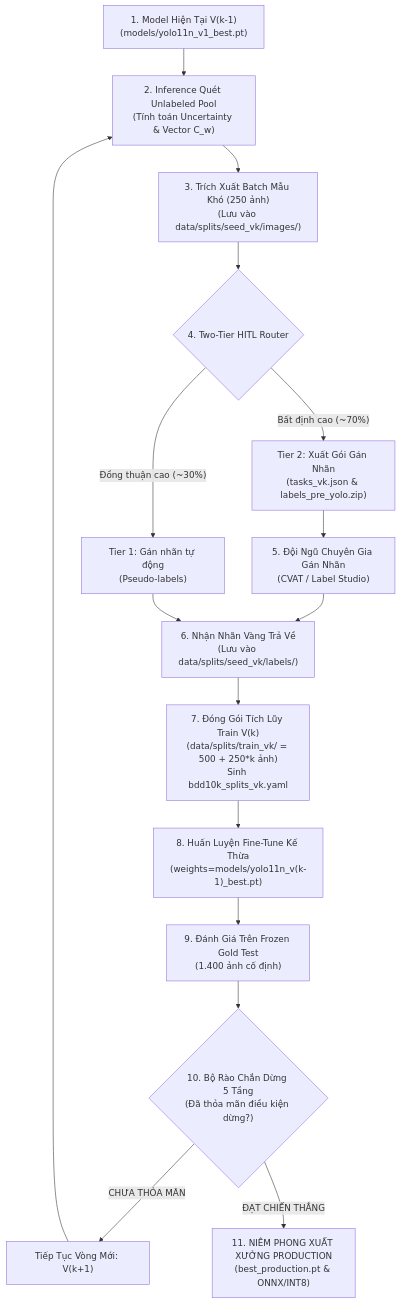
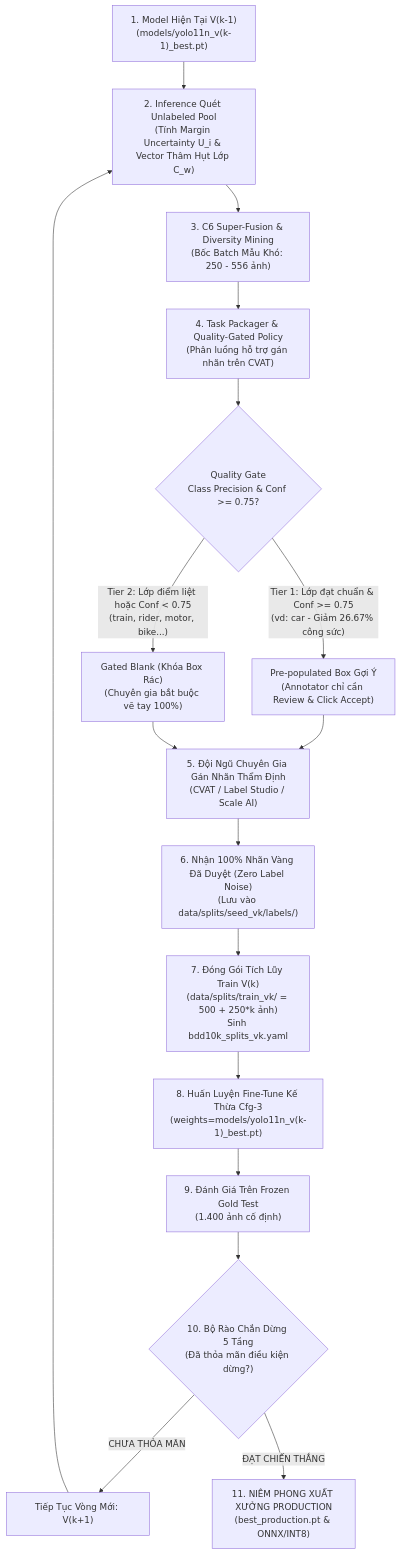
Before and after one commit to nguyenhuynhdt37/autonomous-driving-active-learning-lab: the diagram in docs/08_PRODUCTION_CONTINUOUS_LEARNING_GUIDE.md, drawn with Mermaid. The commit also changed other lines of this file, not shown here.

Commit message:
fix(docs): align continuous HITL loop diagram with actual Quality-Gated Pre-Labeling Policy and Zero Label Noise design

````diff
--- a/docs/08_PRODUCTION_CONTINUOUS_LEARNING_GUIDE.md
+++ b/docs/08_PRODUCTION_CONTINUOUS_LEARNING_GUIDE.md
@@ -11,23 +11,25 @@
 ```mermaid
 flowchart TD
-    M_PREV["1. Model Hiện Tại V(k-1)\n(models/yolo11n_v1_best.pt)"] --> INFER["2. Inference Quét Unlabeled Pool\n(Tính toán Uncertainty & Vector C_w)"]
-    INFER --> SELECT["3. Trích Xuất Batch Mẫu Khó (250 ảnh)\n(Lưu vào data/splits/seed_vk/images/)"]
+    M_PREV["1. Model Hiện Tại V(k-1)\n(models/yolo11n_v(k-1)_best.pt)"] --> INFER["2. Inference Quét Unlabeled Pool\n(Tính Margin Uncertainty U_i & Vector Thâm Hụt Lớp C_w)"]
+    INFER --> MINING["3. C6 Super-Fusion & Diversity Mining\n(Bốc Batch Mẫu Khó: 250 - 556 ảnh)"]
+    MINING --> PACKAGER["4. Task Packager & Quality-Gated Policy\n(Phân luồng hỗ trợ gán nhãn trên CVAT)"]
     
-    SELECT --> ROUTER{"4. Two-Tier HITL Router"}
-    ROUTER -- "Đồng thuận cao (~30%)" --> AUTO["Tier 1: Gán nhãn tự động\n(Pseudo-labels)"]
-    ROUTER -- "Bất định cao (~70%)" --> EXPORT["Tier 2: Xuất Gói Gán Nhãn\n(tasks_vk.json & labels_pre_yolo.zip)"]
+    PACKAGER --> GATED{"Quality Gate\nClass Precision & Conf >= 0.75?"}
     
-    EXPORT --> CVAT["5. Đội Ngũ Chuyên Gia Gán Nhãn\n(CVAT / Label Studio)"]
-    CVAT --> IMPORT["6. Nhận Nhãn Vàng Trả Về\n(Lưu vào data/splits/seed_vk/labels/)"]
-    AUTO --> IMPORT
+    GATED -- "Tier 1: Lớp đạt chuẩn & Conf >= 0.75\n(vd: car - Giảm 26.67% công sức)" --> PRE_LABEL["Pre-populated Box Gợi Ý\n(Annotator chỉ cần Review & Click Accept)"]
+    GATED -- "Tier 2: Lớp điểm liệt hoặc Conf < 0.75\n(train, rider, motor, bike...)" --> MANUAL["Gated Blank (Khóa Box Rác)\n(Chuyên gia bắt buộc vẽ tay 100%)"]
+    
+    PRE_LABEL & MANUAL --> CVAT["5. Đội Ngũ Chuyên Gia Gán Nhãn Thẩm Định\n(CVAT / Label Studio / Scale AI)"]
+    
+    CVAT --> IMPORT["6. Nhận 100% Nhãn Vàng Đã Duyệt (Zero Label Noise)\n(Lưu vào data/splits/seed_vk/labels/)"]
     
     IMPORT --> PACKAGE["7. Đóng Gói Tích Lũy Train V(k)\n(data/splits/train_vk/ = 500 + 250*k ảnh)\nSinh bdd10k_splits_vk.yaml"]
-    PACKAGE --> TRAIN["8. Huấn Luyện Fine-Tune Kế Thừa\n(weights=models/yolo11n_v(k-1)_best.pt)"]
+    PACKAGE --> TRAIN["8. Huấn Luyện Fine-Tune Kế Thừa Cfg-3\n(weights=models/yolo11n_v(k-1)_best.pt)"]
     
     TRAIN --> EVAL["9. Đánh Giá Trên Frozen Gold Test\n(1.400 ảnh cố định)"]
     EVAL --> GATE{"10. Bộ Rào Chắn Dừng 5 Tầng\n(Đã thỏa mãn điều kiện dừng?)"}
     
     GATE -- "CHƯA THỎA MÃN" --> M_NEXT["Tiếp Tục Vòng Mới: V(k+1)"]
     M_NEXT --> INFER
     GATE -- "ĐẠT CHIẾN THẮNG" --> PRODUCTION["11. NIÊM PHONG XUẤT XƯỞNG PRODUCTION\n(best_production.pt & ONNX/INT8)"]
 ```
````
